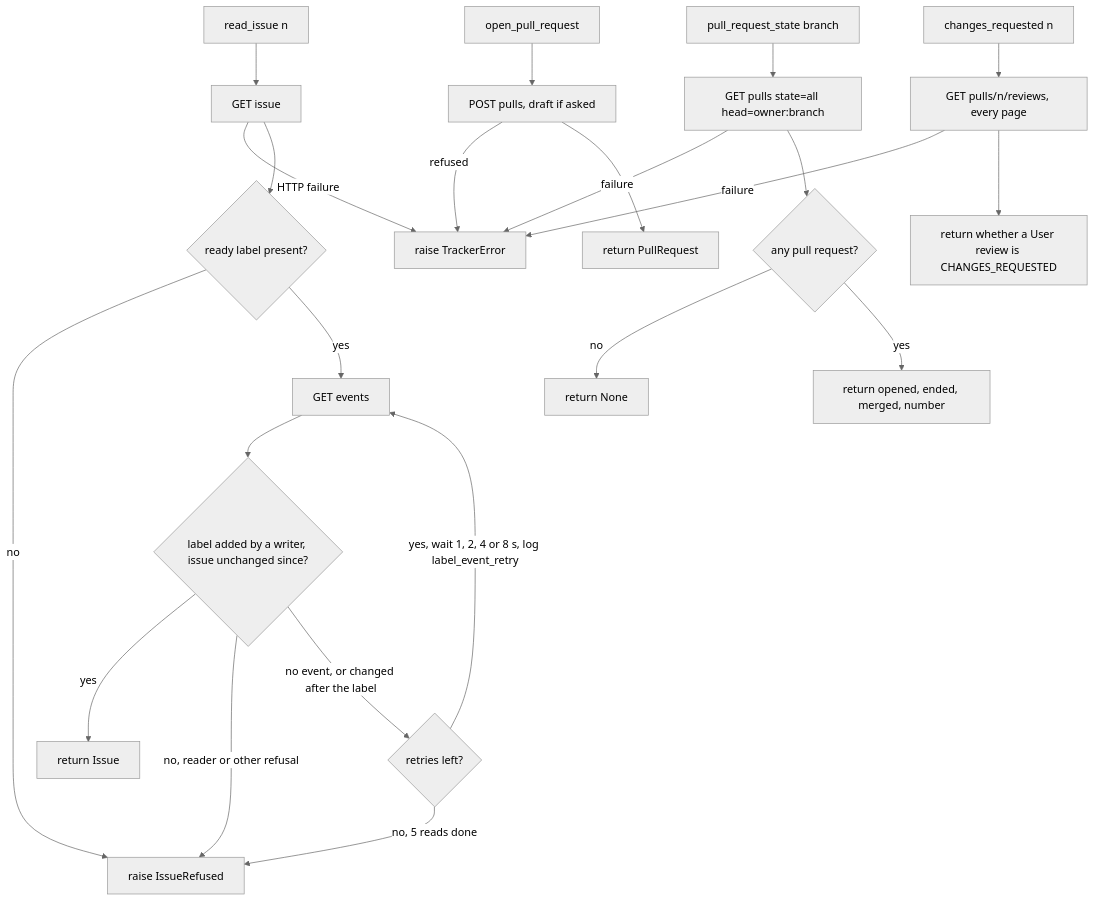
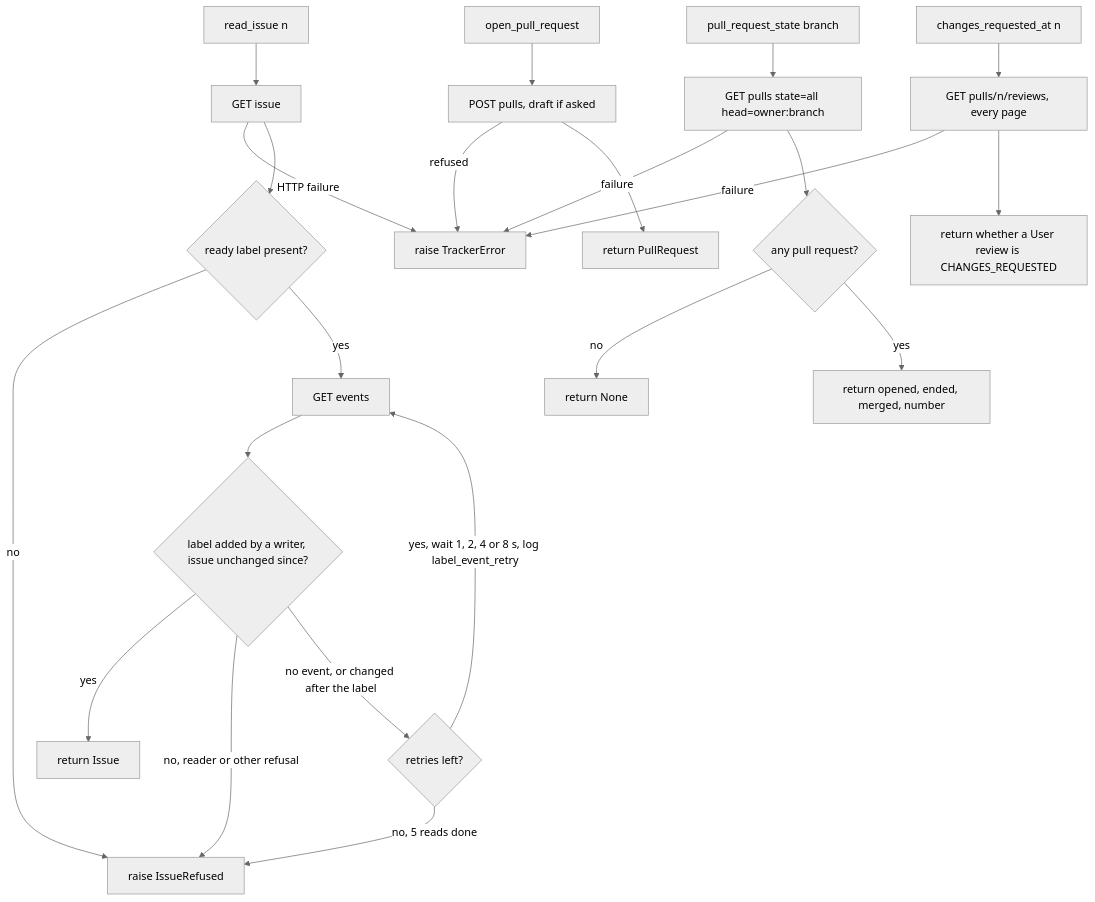
Before and after one commit to plaplanche/ariane: the first of 3 diagrams in docs/architecture/modules/github.md, drawn with Mermaid (neutral theme). The commit also changed other lines of this file and 15 other files, not shown here.

````diff
--- a/docs/architecture/modules/github.md
+++ b/docs/architecture/modules/github.md
@@ -23,25 +23,25 @@
 ```mermaid
 flowchart TD
   A[read_issue n] --> B[GET issue]
   B -- HTTP failure --> X[raise TrackerError]
   B --> C{ready label present?}
   C -- no --> Y[raise IssueRefused]
   C -- yes --> R[GET events]
   R --> D{label added by a writer, issue unchanged since?}
   D -- yes --> E[return Issue]
   D -- no, reader or other refusal --> Y
   D -- no event, or changed after the label --> W{retries left?}
   W -- yes, wait 1, 2, 4 or 8 s, log label_event_retry --> R
   W -- no, 5 reads done --> Y
   F[open_pull_request] --> G[POST pulls, draft if asked]
   G -- refused --> X
   G --> H[return PullRequest]
   I[pull_request_state branch] --> J[GET pulls state=all head=owner:branch]
   J -- failure --> X
   J --> K{any pull request?}
   K -- no --> L[return None]
   K -- yes --> M[return opened, ended, merged, number]
-  N[changes_requested n] --> O[GET pulls/n/reviews, every page]
+  N[changes_requested_at n] --> O[GET pulls/n/reviews, every page]
   O -- failure --> X
   O --> P[return whether a User review is CHANGES_REQUESTED]
 ```
````
